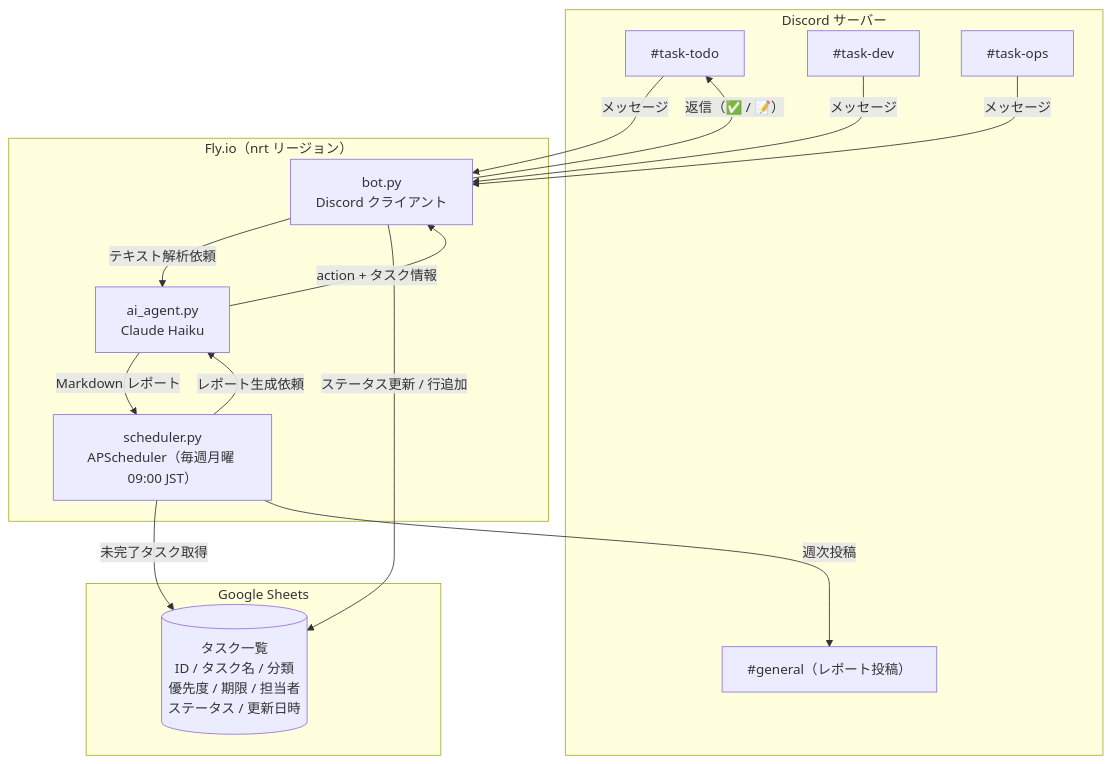
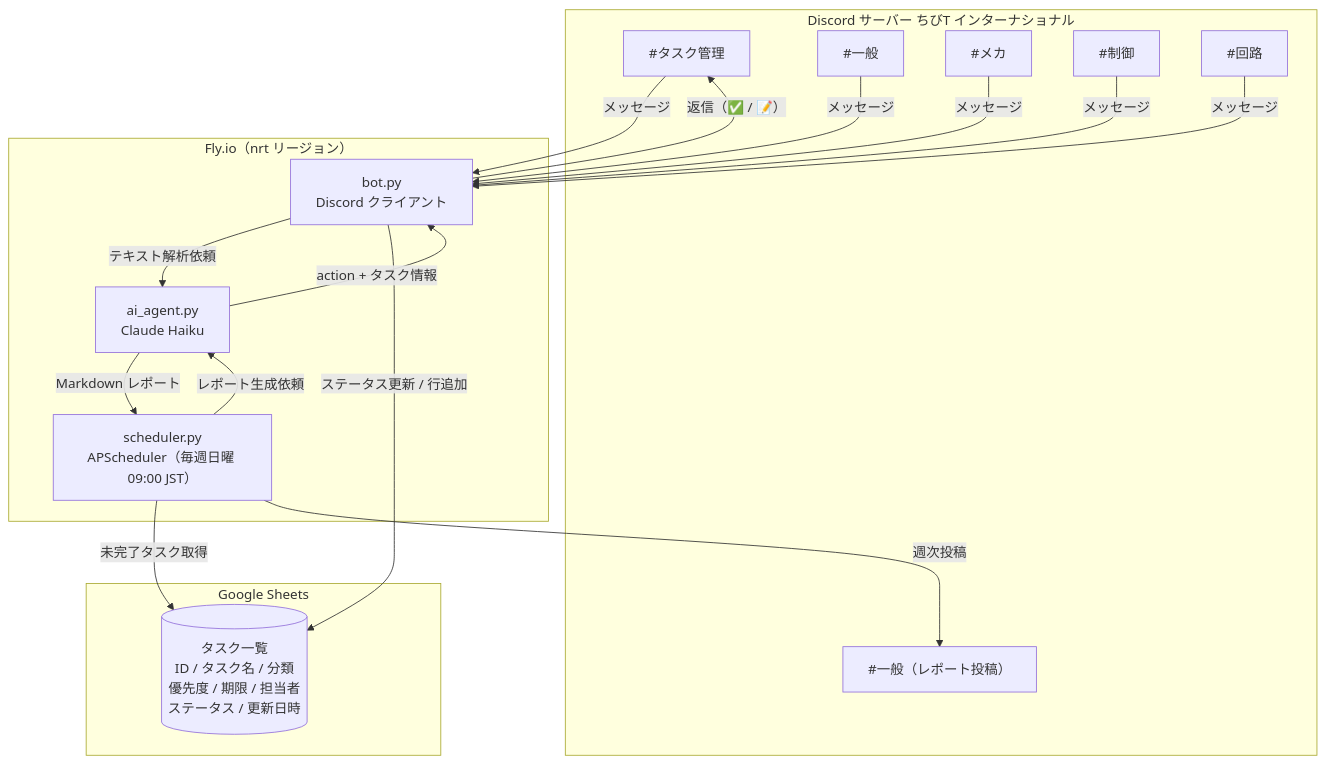
Before and after one commit to todateman/discord-task-bot: the first of 4 diagrams in README.md, drawn with Mermaid. The commit also changed other lines of this file and 8 other files, not shown here.

````diff
--- a/README.md
+++ b/README.md
@@ -14,33 +14,37 @@
 ```mermaid
 graph TD
-    subgraph Discord["Discord サーバー"]
-        CH1["#task-todo"]
-        CH2["#task-dev"]
-        CH3["#task-ops"]
-        REPORT["#general（レポート投稿）"]
+    subgraph Discord["Discord サーバー "ちびT インターナショナル""]
+        CH1["#タスク管理"]
+        CH2["#一般"]
+        CH3["#メカ"]
+        CH4["#制御"]
+        CH5["#回路"]
+        REPORT["#一般（レポート投稿）"]
     end
 
     subgraph Fly["Fly.io（nrt リージョン）"]
         BOT["bot.py\nDiscord クライアント"]
         AI["ai_agent.py\nClaude Haiku"]
-        SCHED["scheduler.py\nAPScheduler（毎週月曜 09:00 JST）"]
+        SCHED["scheduler.py\nAPScheduler（毎週日曜 09:00 JST）"]
     end
 
     subgraph Sheets["Google Sheets"]
         DB[("タスク一覧\nID / タスク名 / 分類\n優先度 / 期限 / 担当者\nステータス / 更新日時")]
     end
 
     CH1 -->|メッセージ| BOT
     CH2 -->|メッセージ| BOT
     CH3 -->|メッセージ| BOT
+    CH4 -->|メッセージ| BOT
+    CH5 -->|メッセージ| BOT
 
     BOT -->|テキスト解析依頼| AI
     AI -->|action + タスク情報| BOT
 
     BOT -->|ステータス更新 / 行追加| DB
     SCHED -->|未完了タスク取得| DB
     SCHED -->|レポート生成依頼| AI
     AI -->|Markdown レポート| SCHED
     SCHED -->|週次投稿| REPORT
     BOT -->|返信（✅ / 📝）| CH1
 ```
````
